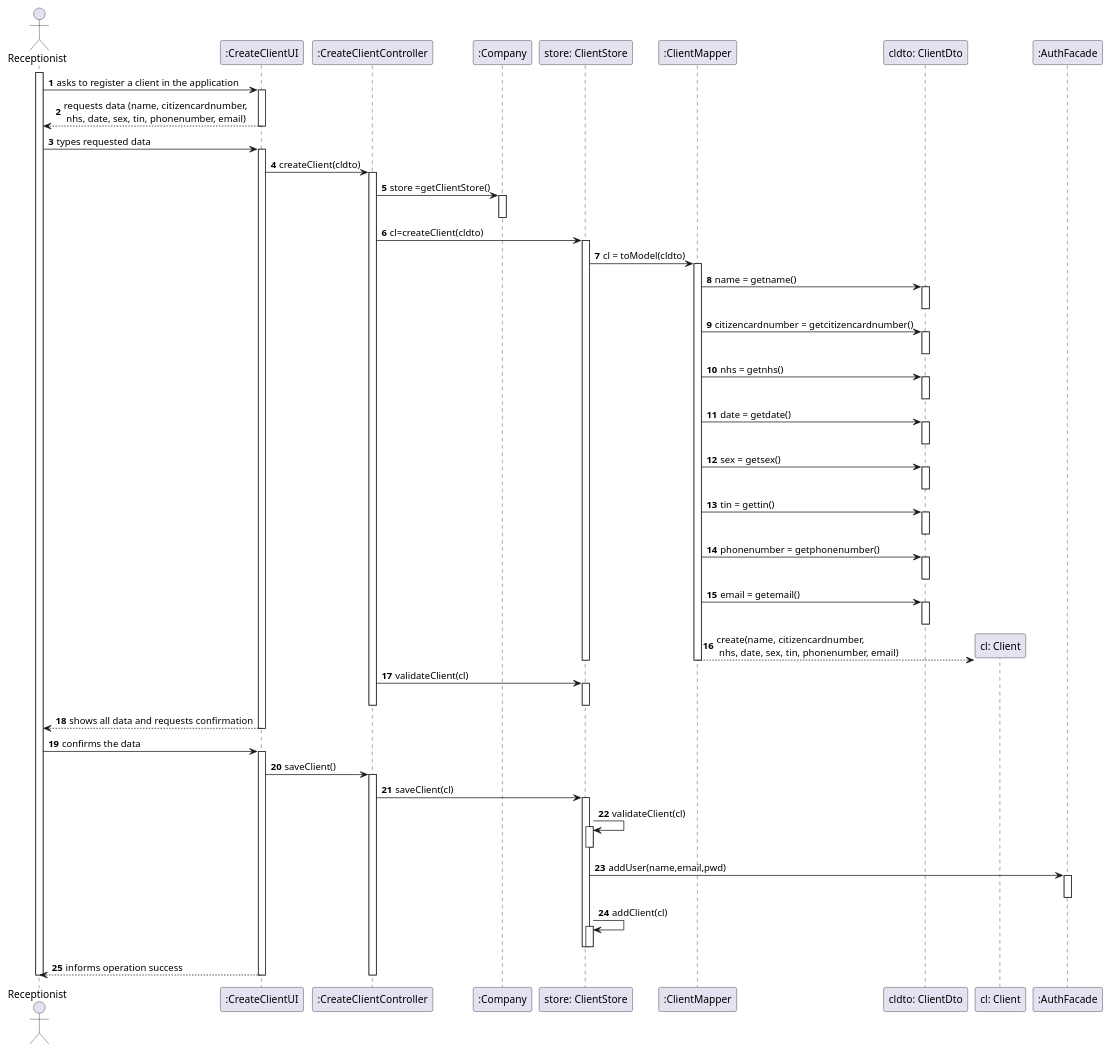
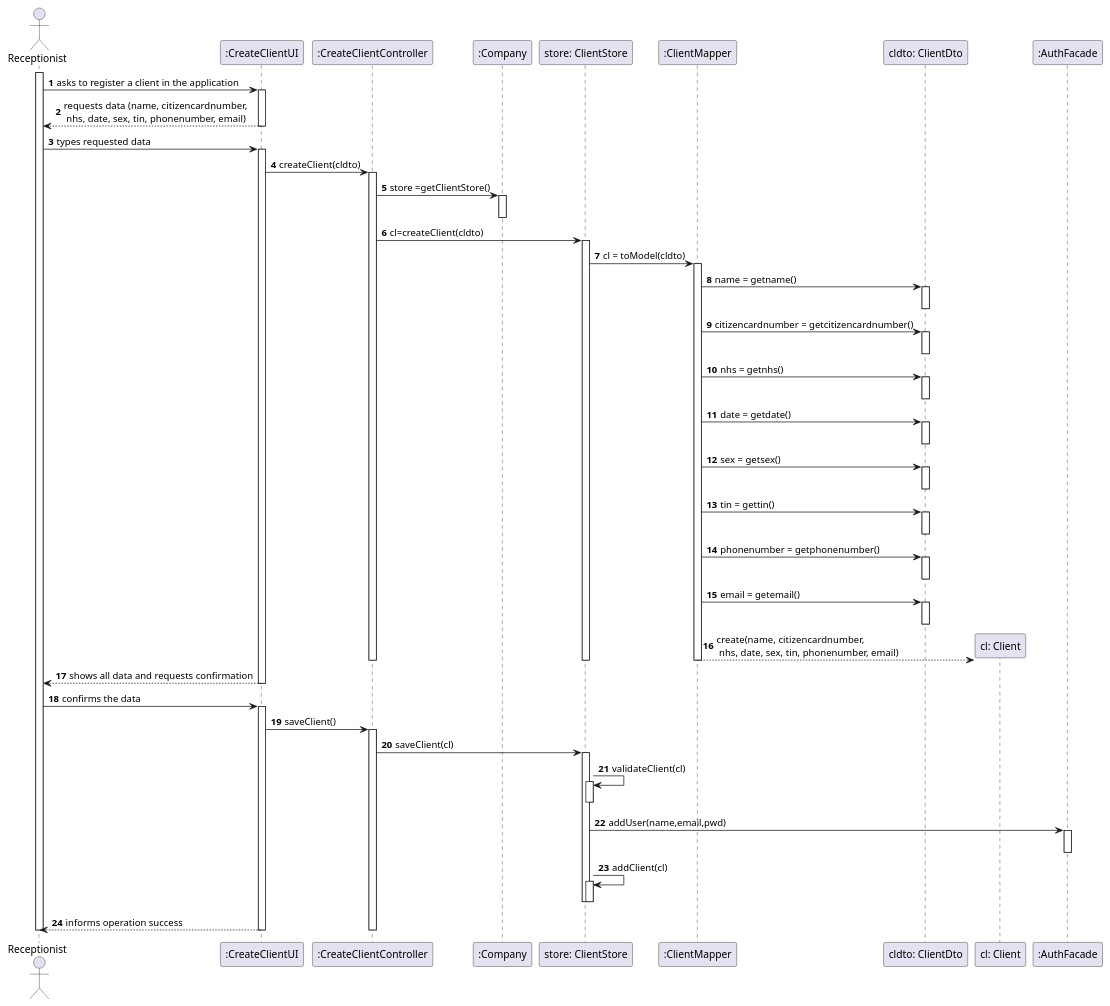
The diagram in docs/SprintB/US03/US3_SD.puml (manu-07-ela/LAPR2_ISEP), drawn with PlantUML before and after one commit. The commit also changed 7 other files, not shown here.

```diff
--- a/docs/SprintB/US03/US3_SD.puml
+++ b/docs/SprintB/US03/US3_SD.puml
@@ -1,110 +1,106 @@
 @startuml
 autonumber
 'hide footbox
 actor "Receptionist" as REP
 
 participant ":CreateClientUI" as UI
 participant ":CreateClientController" as CTRL
 participant ":Company" as COMP
 participant "store: ClientStore" as CS
 participant ":ClientMapper" as CM
 participant "cldto: ClientDto" as CDTO
 participant "cl: Client" as CL
 participant ":AuthFacade" as AF
 
 activate REP
 REP -> UI : asks to register a client in the application
 activate UI
 UI --> REP : requests data (name, citizencardnumber,\n nhs, date, sex, tin, phonenumber, email)
 deactivate UI
 
 REP -> UI : types requested data
 activate UI
 
 UI -> CTRL : createClient(cldto)
 activate CTRL
 
 CTRL -> COMP : store =getClientStore()
 activate COMP
 deactivate COMP
 
 CTRL -> CS : cl=createClient(cldto)
 activate CS
 
 CS -> CM : cl = toModel(cldto)
 
 activate CM
 CM -> CDTO : name = getname()
 activate CDTO
 deactivate CDTO
 
 CM -> CDTO : citizencardnumber = getcitizencardnumber()
 activate CDTO
 deactivate CDTO
 
 CM -> CDTO : nhs = getnhs()
 activate CDTO
 deactivate CDTO
 
 CM -> CDTO : date = getdate()
 activate CDTO
 deactivate CDTO
 
 CM -> CDTO : sex = getsex()
 activate CDTO
 deactivate CDTO
 
 CM -> CDTO : tin = gettin()
 activate CDTO
 deactivate CDTO
 
 CM -> CDTO : phonenumber = getphonenumber()
 activate CDTO
 deactivate CDTO
 
 CM -> CDTO : email = getemail()
 activate CDTO
 deactivate CDTO
 
 CM --> CL** : create(name, citizencardnumber,\n nhs, date, sex, tin, phonenumber, email)
 deactivate CM
 deactivate CS
-
-CTRL -> CS : validateClient(cl)
-activate CS
-deactivate CS
 deactivate CTRL
 
 UI --> REP : shows all data and requests confirmation
 deactivate COMP
 deactivate UI
 
 REP -> UI : confirms the data
 activate UI
 UI -> CTRL : saveClient()
 activate CTRL
 
 CTRL -> CS : saveClient(cl)
 activate CS
 
 CS -> CS: validateClient(cl)
 activate CS
 deactivate CS
 
 CS -> AF: addUser(name,email,pwd)
 activate AF
 deactivate AF
 
 CS -> CS: addClient(cl)
 activate CS
 deactivate CS
 deactivate CS
 
 UI --> REP : informs operation success
 deactivate COMP
 deactivate CTRL
 deactivate UI
 
 deactivate REP
 
 @enduml
```
